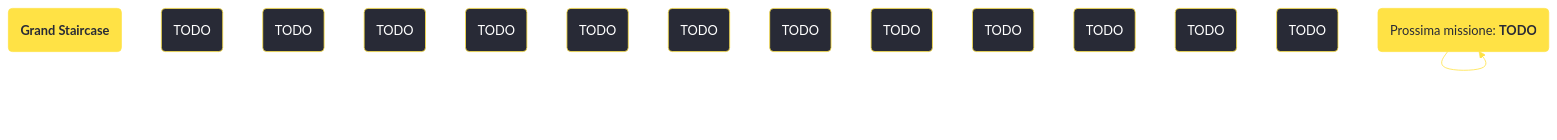
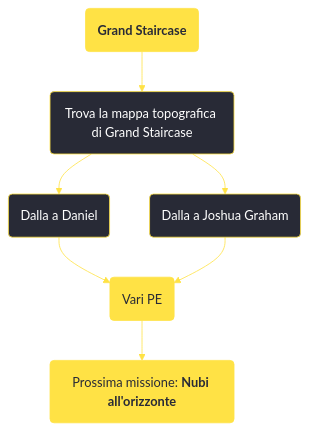
Before and after one commit to persy/wastelander: the diagram in content/voci/fallout new vegas/missioni/Grand Staircase.md, drawn with Mermaid. The commit also changed 174 other files, not shown here.

````diff
--- a/content/voci/fallout new vegas/missioni/Grand Staircase.md
+++ b/content/voci/fallout new vegas/missioni/Grand Staircase.md
@@ -32,24 +32,16 @@
 ```mermaid
 %%{init: {'theme': 'base', 'themeVariables': { 'primaryColor': '#282a36', 'primaryBorderColor': '#ffe245', 'primaryTextColor': '#fff', 'lineColor': '#ffe245', 'fontFamily': 'Jura'}}}%%
 graph TD;
     id1(<b>Grand Staircase</b>):::questfnv
-    id2(TODO)
-    id3(TODO)
-    id4(TODO)
-    id5(TODO)
-    id6(TODO)
-    id7(TODO) 
-    id8(TODO)
-    id9(TODO)
-    id10(TODO)
-    id11(TODO)
-    id12(TODO)
-    id13(TODO) 
-    id(TODO):::rewardfnv
-    id(Prossima missione: <b>TODO</b>):::questfnv
-    id-->id-->id-->id-->id-->id-->id
+    id2(Trova la mappa topografica di Grand Staircase)
+    id3(Dalla a Daniel)
+    id4(Dalla a Joshua Graham)
+    id5(Vari PE):::rewardfnv
+    id6(Prossima missione: <b>Nubi all'orizzonte</b>):::questfnv
     
-    click id "../TODO"
+    id1-->id2-->id3 & id4-->id5-->id6
+    
+    click id6 "../nubi-allorizzonte"
     classDef rewardfnv fill:#ffe245, stroke:#ffe245, color:#282a36;
     classDef questfnv fill:#ffe245, stroke:#ffe245, color:#282a36;
 ```
````
